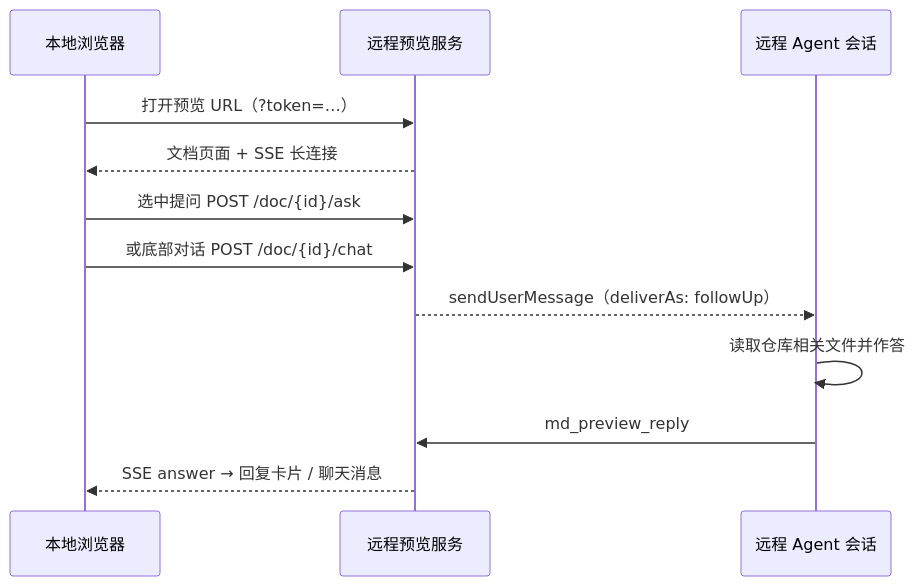
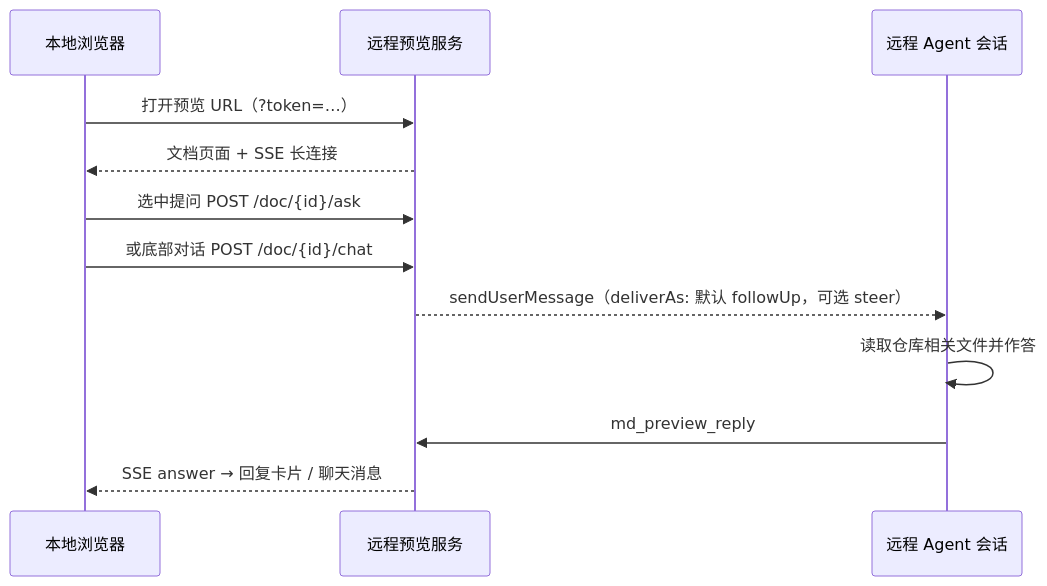
The second of 2 diagrams in docs/remote-access.zh-CN.md (MaphicalYng/pi-extension-md-preview), drawn with Mermaid before and after one commit. The commit also changed other lines of this file and 8 other files, not shown here.

````diff
--- a/docs/remote-access.zh-CN.md
+++ b/docs/remote-access.zh-CN.md
@@ -318,14 +318,14 @@
 ```mermaid
 sequenceDiagram
     participant B as 本地浏览器
     participant S as 远程预览服务
     participant A as 远程 Agent 会话
     B->>S: 打开预览 URL（?token=…）
     S-->>B: 文档页面 + SSE 长连接
     B->>S: 选中提问 POST /doc/{id}/ask
     B->>S: 或底部对话 POST /doc/{id}/chat
-    S-->>A: sendUserMessage（deliverAs: followUp）
+    S-->>A: sendUserMessage（deliverAs: 默认 followUp，可选 steer）
     A->>A: 读取仓库相关文件并作答
     A->>S: md_preview_reply
     S-->>B: SSE answer → 回复卡片 / 聊天消息
 ```
````
